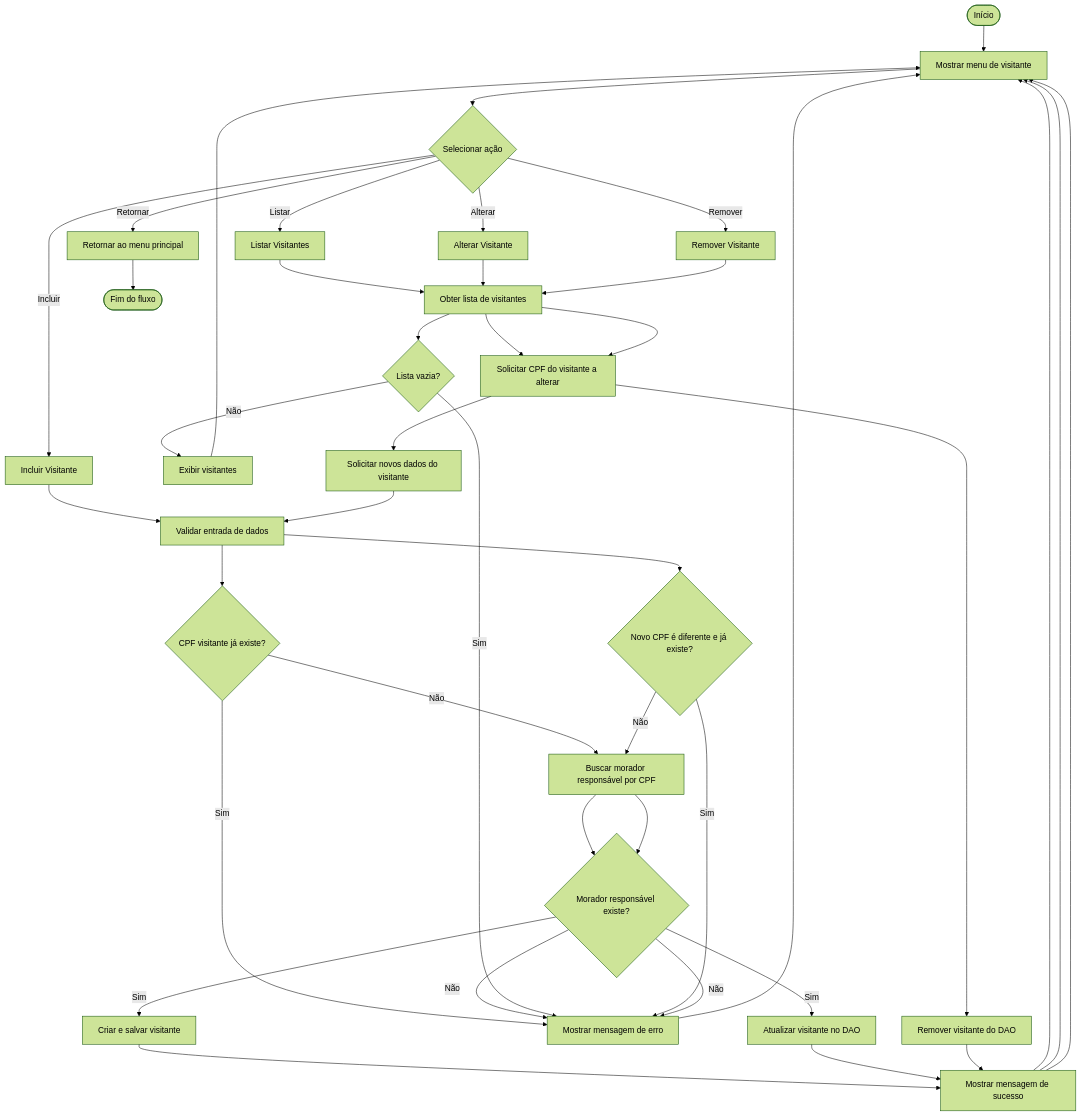
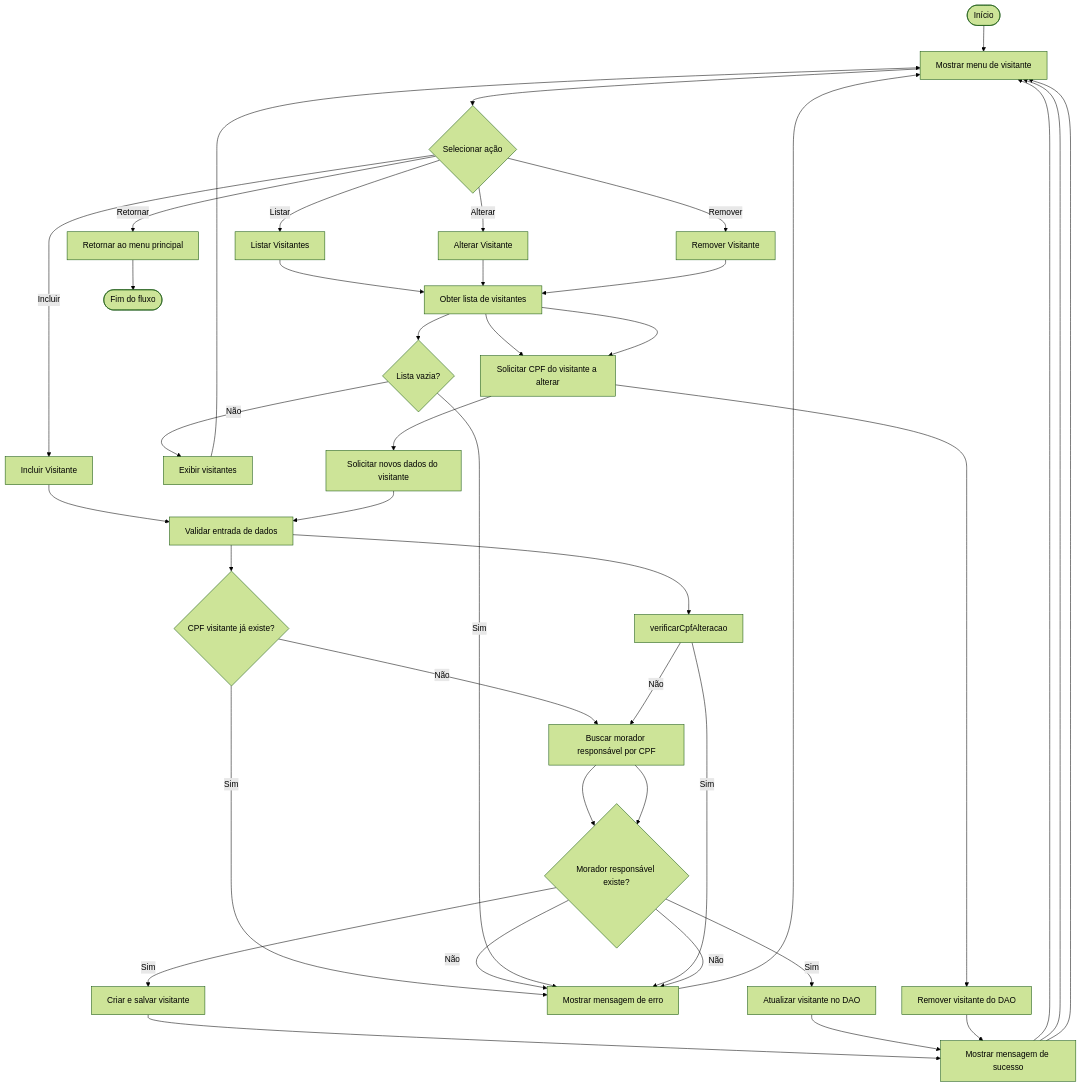
Before and after one commit to TiagoSansao/CondoGate: the diagram in docs/diagrama-atividade-gerencia-visitante.md, drawn with Mermaid (forest theme).

````diff
--- a/docs/diagrama-atividade-gerencia-visitante.md
+++ b/docs/diagrama-atividade-gerencia-visitante.md
@@ -1,59 +1,58 @@
 ```mermaid
 flowchart TB
     start([Início])
     abrirMenu[Mostrar menu de visitante]
     escolherAcao{Selecionar ação}
     incluir[Incluir Visitante]
     listar[Listar Visitantes]
     alterar[Alterar Visitante]
     remover[Remover Visitante]
     retornar[Retornar ao menu principal]
 
     inicioValidar[Validar entrada de dados]
     verificarCpfExistente{CPF visitante já existe?}
     buscarMorador[Buscar morador responsável por CPF]
     moradorExiste{Morador responsável existe?}
     criarVisitante[Criar e salvar visitante]
     mostrarSucesso[Mostrar mensagem de sucesso]
     mostrarErro[Mostrar mensagem de erro]
     listarDados[Obter lista de visitantes]
     listaVazia{Lista vazia?}
     mostrarLista[Exibir visitantes]
     selecionarVisitante[Solicitar CPF do visitante a alterar]
     pegarNovosDados[Solicitar novos dados do visitante]
-    verificarCpfAlteracao{Novo CPF é diferente e já existe?}
     atualizarVisitante[Atualizar visitante no DAO]
     excluirVisitante[Remover visitante do DAO]
     fim([Fim do fluxo])
 
     start --> abrirMenu --> escolherAcao
     escolherAcao -->|Incluir| incluir
     escolherAcao -->|Listar| listar
     escolherAcao -->|Alterar| alterar
     escolherAcao -->|Remover| remover
     escolherAcao -->|Retornar| retornar
 
     incluir --> inicioValidar --> verificarCpfExistente
     verificarCpfExistente -->|Sim| mostrarErro
     verificarCpfExistente -->|Não| buscarMorador
     buscarMorador --> moradorExiste
     moradorExiste -->|Não| mostrarErro
     moradorExiste -->|Sim| criarVisitante --> mostrarSucesso --> abrirMenu
 
     listar --> listarDados --> listaVazia
     listaVazia -->|Sim| mostrarErro
     listaVazia -->|Não| mostrarLista --> abrirMenu
 
     alterar --> listarDados --> selecionarVisitante --> pegarNovosDados --> inicioValidar
     inicioValidar --> verificarCpfAlteracao
     verificarCpfAlteracao -->|Sim| mostrarErro
     verificarCpfAlteracao -->|Não| buscarMorador
     buscarMorador --> moradorExiste
     moradorExiste -->|Não| mostrarErro
     moradorExiste -->|Sim| atualizarVisitante --> mostrarSucesso --> abrirMenu
 
     remover --> listarDados --> selecionarVisitante --> excluirVisitante --> mostrarSucesso --> abrirMenu
     retornar --> fim
 
     mostrarErro --> abrirMenu
 ```
````
